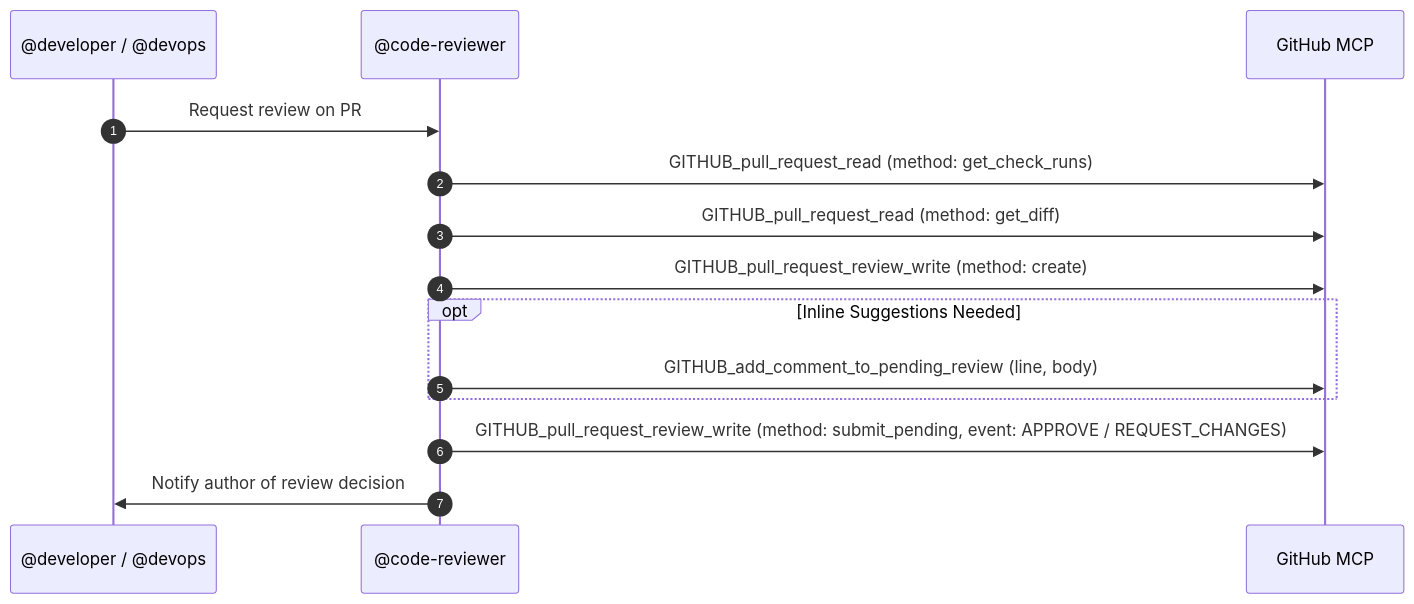
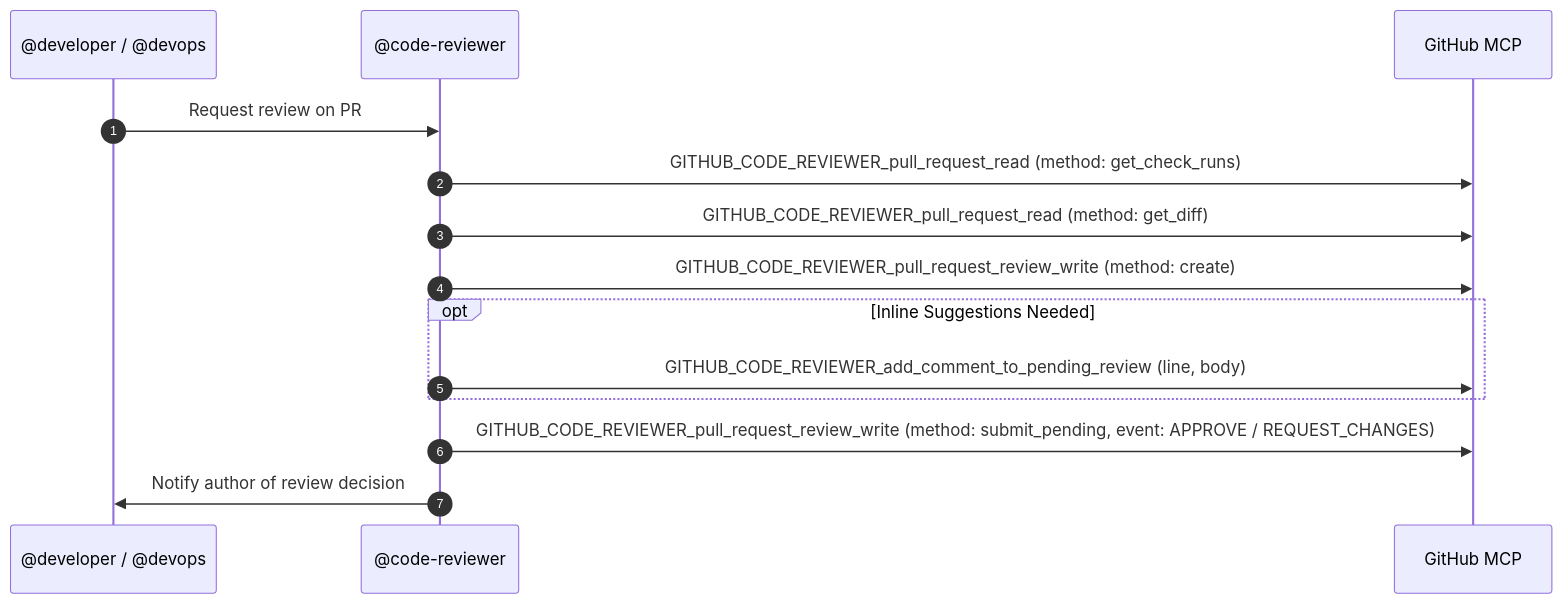
Before and after one commit to fpittelo/opencode-home-config: the diagram in agents/code-reviewer.md, drawn with Mermaid. The commit also changed other lines of this file and 23 other files, not shown here.

````diff
--- a/agents/code-reviewer.md
+++ b/agents/code-reviewer.md
@@ -87,17 +92,17 @@
 ```mermaid
 sequenceDiagram
     autonumber
     participant Dev as @developer / @devops
     participant CR as @code-reviewer
     participant GH as GitHub MCP
 
     Dev->>CR: Request review on PR #PR_N
-    CR->>GH: GITHUB_pull_request_read (method: get_check_runs)
-    CR->>GH: GITHUB_pull_request_read (method: get_diff)
-    CR->>GH: GITHUB_pull_request_review_write (method: create)
+    CR->>GH: GITHUB_CODE_REVIEWER_pull_request_read (method: get_check_runs)
+    CR->>GH: GITHUB_CODE_REVIEWER_pull_request_read (method: get_diff)
+    CR->>GH: GITHUB_CODE_REVIEWER_pull_request_review_write (method: create)
     opt Inline Suggestions Needed
-        CR->>GH: GITHUB_add_comment_to_pending_review (line, body)
+        CR->>GH: GITHUB_CODE_REVIEWER_add_comment_to_pending_review (line, body)
     end
-    CR->>GH: GITHUB_pull_request_review_write (method: submit_pending, event: APPROVE / REQUEST_CHANGES)
+    CR->>GH: GITHUB_CODE_REVIEWER_pull_request_review_write (method: submit_pending, event: APPROVE / REQUEST_CHANGES)
     CR->>Dev: Notify author of review decision
 ```
````
